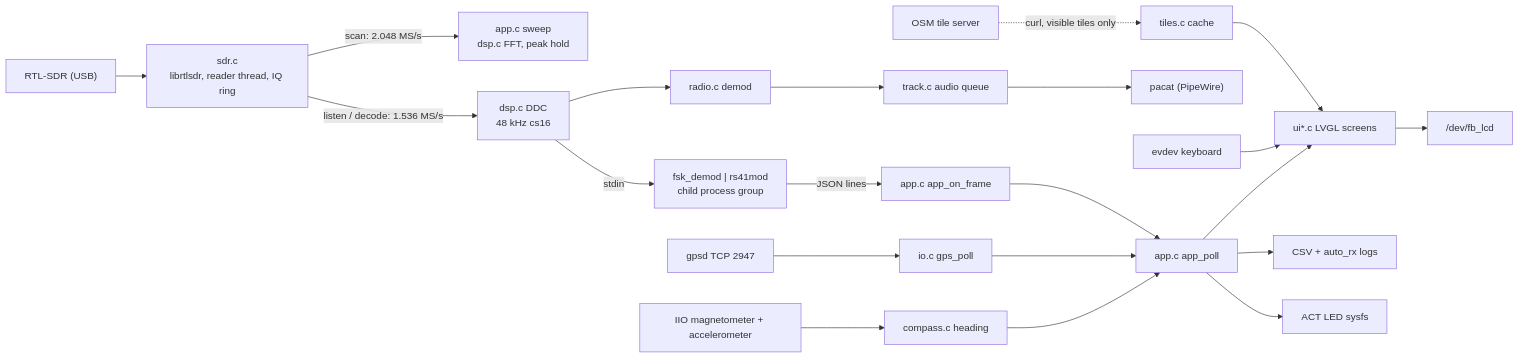
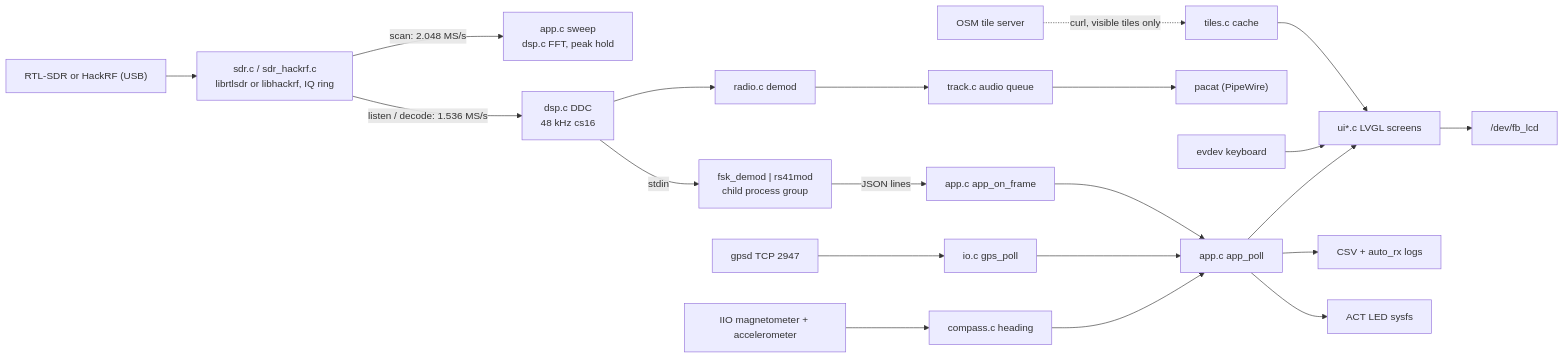
The diagram in docs/system-architecture.md (hieuha/CardputerZero-Sondechase), drawn with Mermaid before and after one commit. The commit also changed other lines of this file and 21 other files, not shown here.

````diff
--- a/docs/system-architecture.md
+++ b/docs/system-architecture.md
@@ -54,23 +56,23 @@
 ```mermaid
 flowchart LR
-    RTL["RTL-SDR (USB)"] --> SDR["sdr.c<br/>librtlsdr, reader thread, IQ ring"]
+    RTL["RTL-SDR or HackRF (USB)"] --> SDR["sdr.c / sdr_hackrf.c<br/>librtlsdr or libhackrf, IQ ring"]
     SDR -->|"scan: 2.048 MS/s"| SWEEP["app.c sweep<br/>dsp.c FFT, peak hold"]
     SDR -->|"listen / decode: 1.536 MS/s"| DDC["dsp.c DDC<br/>48 kHz cs16"]
     DDC -->|"stdin"| DEC["fsk_demod | rs41mod<br/>child process group"]
     DEC -->|"JSON lines"| FRAME["app.c app_on_frame"]
     DDC --> RADIO["radio.c demod"]
     RADIO --> AUDIO["track.c audio queue"]
     GPS["gpsd TCP 2947"] --> IO["io.c gps_poll"]
     MAG["IIO magnetometer + accelerometer"] --> HDG["compass.c heading"]
     HDG --> APP
     IO --> APP["app.c app_poll"]
     FRAME --> APP
     APP --> UI["ui*.c LVGL screens"]
     APP --> LOGS["CSV + auto_rx logs"]
     AUDIO --> PACAT["pacat (PipeWire)"]
     APP --> LED["ACT LED sysfs"]
     KBD["evdev keyboard"] --> UI
     UI --> FB["/dev/fb_lcd"]
     TILES["OSM tile server"] -.->|"curl, visible tiles only"| TILEC["tiles.c cache"]
     TILEC --> UI
 ```
````
